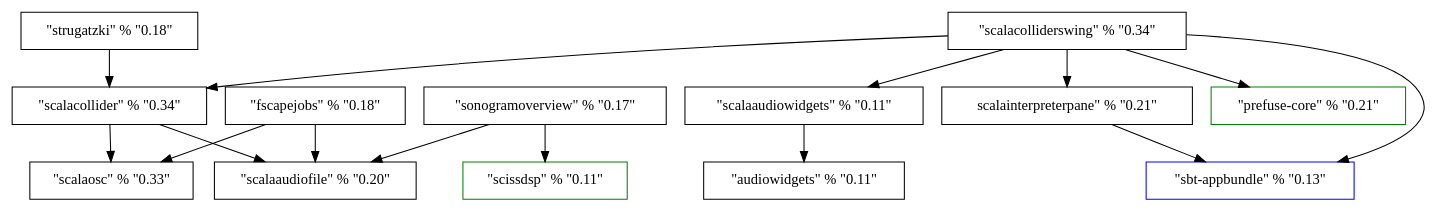
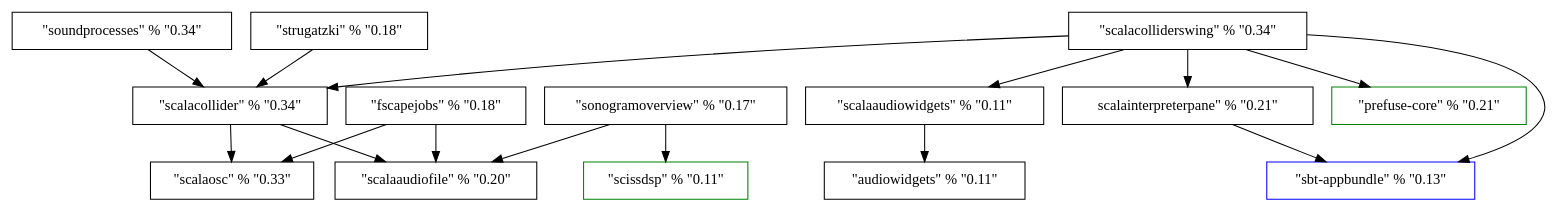
The diagram in ProjectDependencies/dep.dot (Sciss/HistoricalCode), drawn with Graphviz before and after one commit.

Commit message:
add soundprocesses

```diff
--- a/ProjectDependencies/dep.dot
+++ b/ProjectDependencies/dep.dot
@@ -1,30 +1,32 @@
 digraph G {
 	ScalaOSC [label="\"scalaosc\" % \"0.33\"", shape=box];
 	ScalaAudioFile [label="\"scalaaudiofile\" % \"0.20\"", shape=box];
 	FScapeJobs [label="\"fscapejobs\" % \"0.18\"", shape=box];
 	AudioWidgets [label="\"audiowidgets\" % \"0.11\"", shape=box];
 	ScalaAudioWidgets [label="\"scalaaudiowidgets\" % \"0.11\"", shape=box];
 	SbtAppbundle [label="\"sbt-appbundle\" % \"0.13\"", shape=Box, color=blue];
 	ScissDSP [label="\"scissdsp\" % \"0.11\"", shape=Box, color=green];
 	SonogramOverview [label="\"sonogramoverview\" % \"0.17\"", shape=Box];
 	ScalaCollider [label="\"scalacollider\" % \"0.34\"", shape=Box];
 	Strugatzki [label="\"strugatzki\" % \"0.18\"", shape=Box];
 	ScalaInterpreterPane [label="\scalainterpreterpane\" % \"0.21\"", shape=Box];
 	PrefuseCore [label="\"prefuse-core\" % \"0.21\"", shape=Box, color=green];
 	ScalaColliderSwing [label="\"scalacolliderswing\" % \"0.34\"", shape=Box];
+	SoundProcesses [label="\"soundprocesses\" % \"0.34\"", shape=Box];
 	
 	FScapeJobs -> ScalaOSC;
 	FScapeJobs -> ScalaAudioFile;
 	ScalaAudioWidgets -> AudioWidgets;
 	SonogramOverview -> ScalaAudioFile;
 	SonogramOverview -> ScissDSP;
 	ScalaCollider -> ScalaOSC;
 	ScalaCollider -> ScalaAudioFile;
 	Strugatzki -> ScalaCollider;
 	ScalaInterpreterPane -> SbtAppbundle;
 	ScalaColliderSwing -> SbtAppbundle;
 	ScalaColliderSwing -> ScalaCollider;
 	ScalaColliderSwing -> ScalaInterpreterPane;
 	ScalaColliderSwing -> PrefuseCore;
 	ScalaColliderSwing -> ScalaAudioWidgets;
+	SoundProcesses -> ScalaCollider;
 }
```
